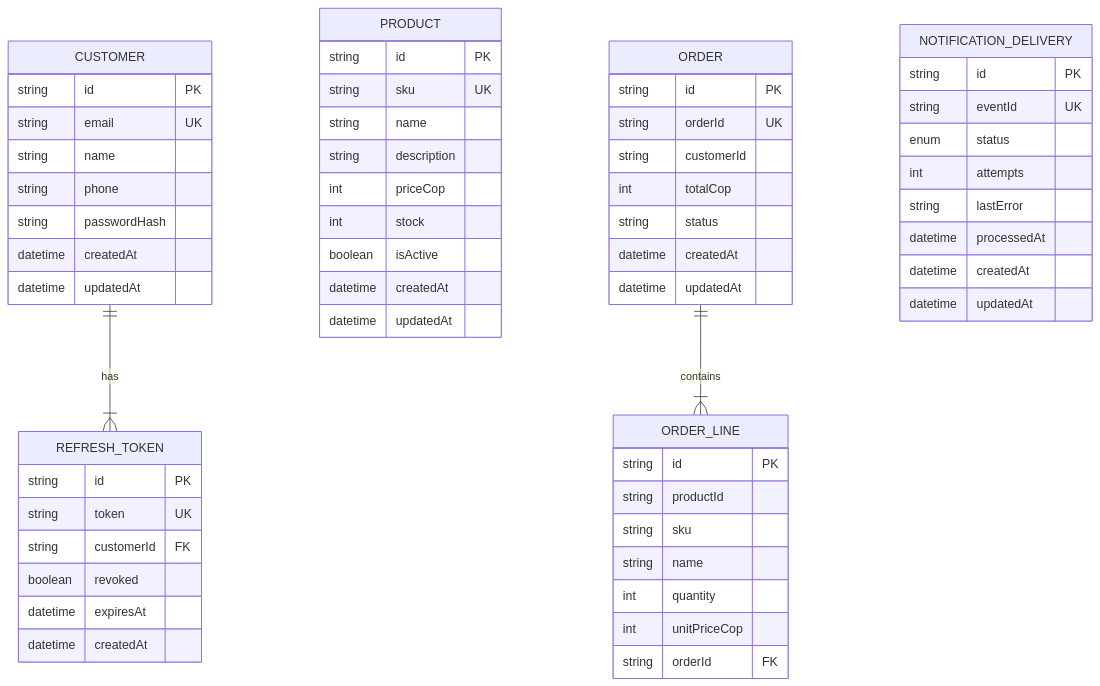
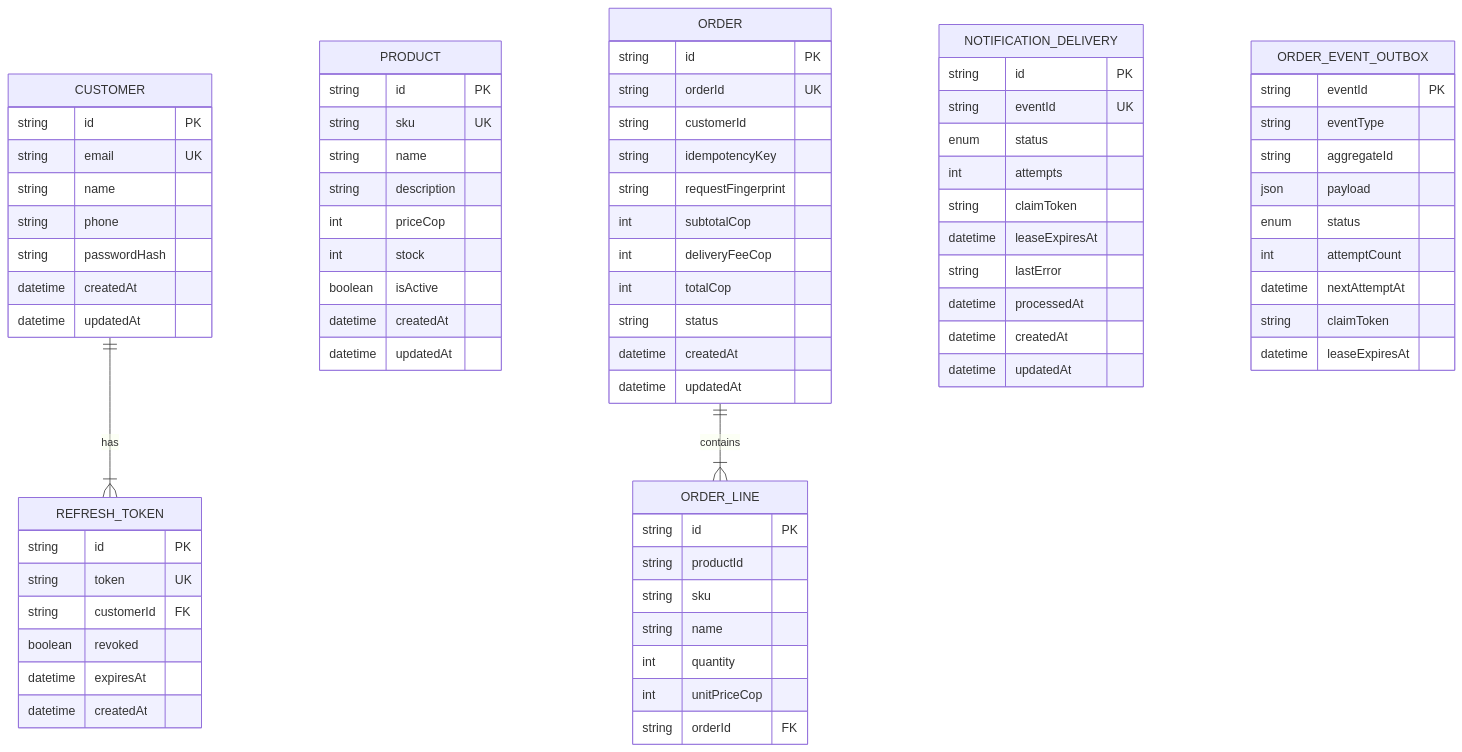
The sixth of 10 diagrams in docs/wiki/architecture-overview.md (HectorARiascosI/mileshop-platform), drawn with Mermaid before and after one commit. The commit also changed other lines of this file and 42 other files, not shown here.

Commit message:
feat(orders): make order creation idempotent and recover event delivery

````diff
--- a/docs/wiki/architecture-overview.md
+++ b/docs/wiki/architecture-overview.md
@@ -183,61 +201,78 @@
 ```mermaid
 erDiagram
     CUSTOMER {
         string id PK
         string email UK
         string name
         string phone
         string passwordHash
         datetime createdAt
         datetime updatedAt
     }
     REFRESH_TOKEN {
         string id PK
         string token UK
         string customerId FK
         boolean revoked
         datetime expiresAt
         datetime createdAt
     }
     PRODUCT {
         string id PK
         string sku UK
         string name
         string description
         int priceCop
         int stock
         boolean isActive
         datetime createdAt
         datetime updatedAt
     }
     ORDER {
         string id PK
         string orderId UK
         string customerId
+        string idempotencyKey
+        string requestFingerprint
+        int subtotalCop
+        int deliveryFeeCop
         int totalCop
         string status
         datetime createdAt
         datetime updatedAt
     }
     ORDER_LINE {
         string id PK
         string productId
         string sku
         string name
         int quantity
         int unitPriceCop
         string orderId FK
     }
     NOTIFICATION_DELIVERY {
         string id PK
         string eventId UK
         enum status
         int attempts
+        string claimToken
+        datetime leaseExpiresAt
         string lastError
         datetime processedAt
         datetime createdAt
         datetime updatedAt
     }
+    ORDER_EVENT_OUTBOX {
+        string eventId PK
+        string eventType
+        string aggregateId
+        json payload
+        enum status
+        int attemptCount
+        datetime nextAttemptAt
+        string claimToken
+        datetime leaseExpiresAt
+    }
     CUSTOMER ||--|{ REFRESH_TOKEN : has
     ORDER ||--|{ ORDER_LINE : contains
 ```
````
